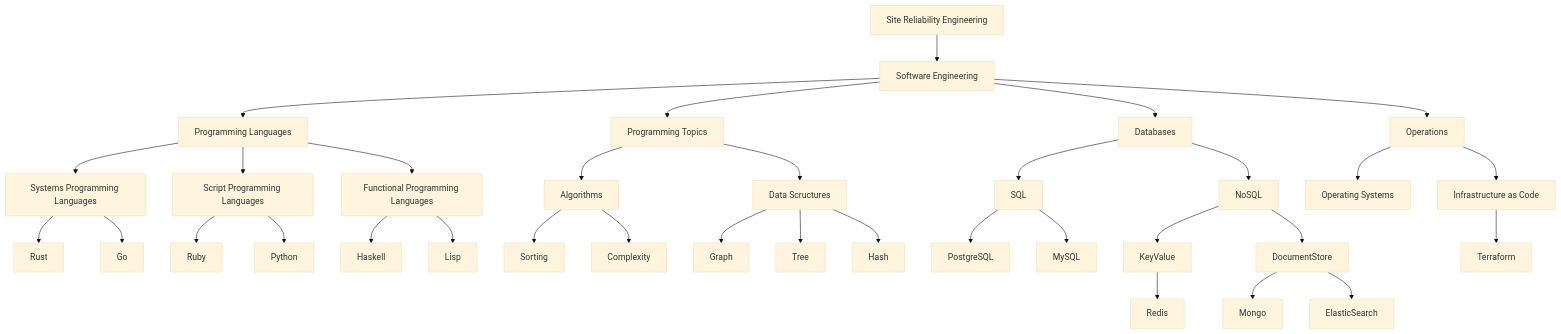
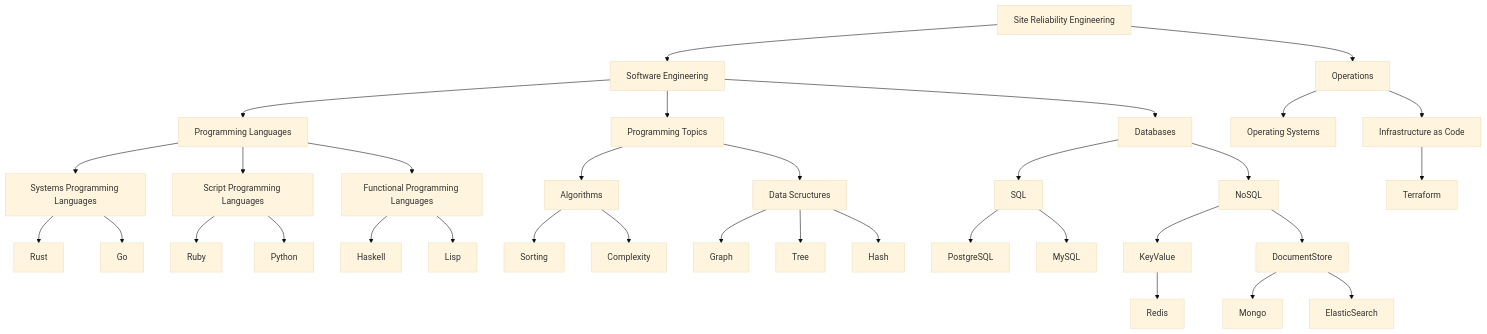
The diagram in resources/topic-graph.mmd (marceloboeira/sre), drawn with Mermaid (base theme) before and after one commit. The commit also changed 1 other file, not shown here.

Commit message:
Make operations inherit from SRE not SW on mermaid chart

```diff
--- a/resources/topic-graph.mmd
+++ b/resources/topic-graph.mmd
@@ -1,36 +1,37 @@
 graph TD
   SRE[Site Reliability Engineering]
 
   SRE --> SW[Software Engineering]
   SW --> PL[Programming Languages]
     PL --> SysPL[Systems Programming Languages]
       SysPL --> Rust
       SysPL --> Go
     PL --> ScrPL[Script Programming Languages]
       ScrPL --> Ruby
       ScrPL --> Python
     PL --> FunPL[Functional Programming Languages]
       FunPL --> Haskell
       FunPL --> Lisp
   SW --> PT[Programming Topics]
     PT --> ALG[Algorithms]
       ALG --> SRT[Sorting]
       ALG --> CPX[Complexity]
     PT --> DS[Data Scructures]
       DS --> Graph[Graph]
       DS --> T3[Tree]
       DS --> HS[Hash]
   SW --> DB[Databases]
     DB --> SQL[SQL]
       SQL --> PgSQL[PostgreSQL]
       SQL --> MySQL[MySQL]
     DB --> NoSQL[NoSQL]
       NoSQL --> KV[KeyValue]
         KV --> Rd[Redis]
       NoSQL --> DoS[DocumentStore]
         DoS --> Mng[Mongo]
         DoS --> ES[ElasticSearch]
-  SW --> OPS[Operations]
+
+  SRE --> OPS[Operations]
       OPS --> OS[Operating Systems]
       OPS --> IaC[Infrastructure as Code]
         IaC --> TF[Terraform]
```
